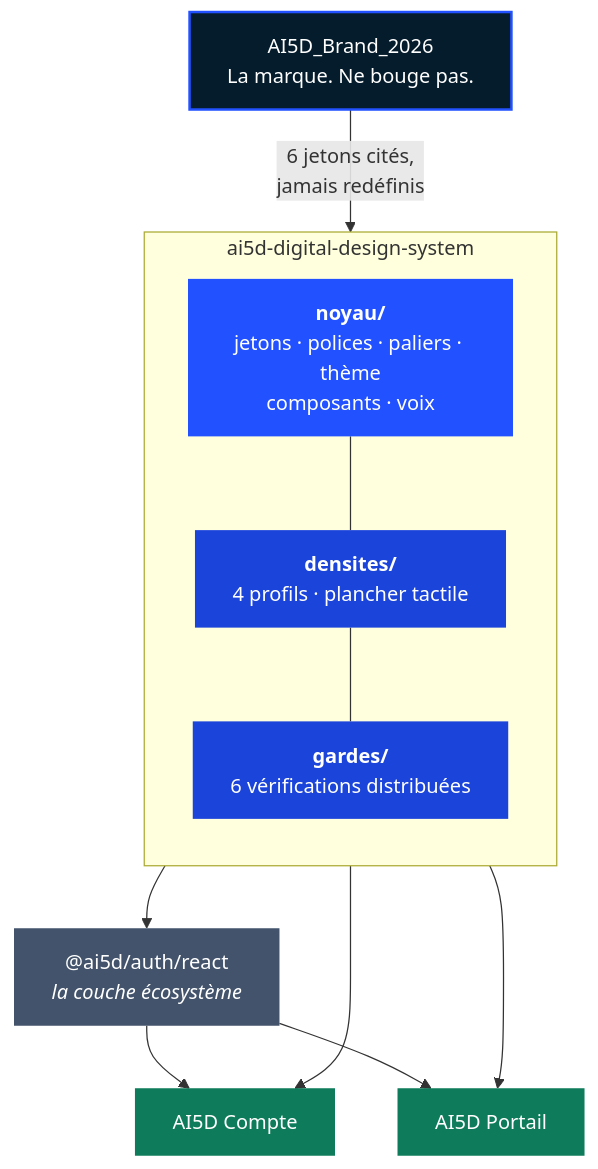
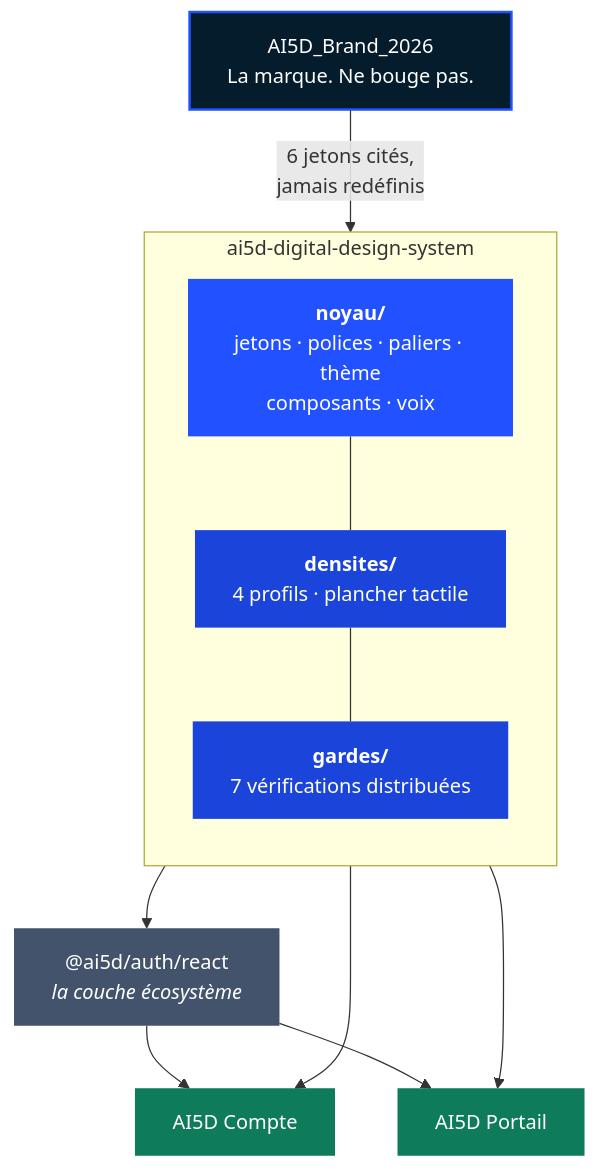
The diagram in README.md (Kaaramo/ai5d-digital-design-system), drawn with Mermaid before and after one commit. The commit also changed other lines of this file and 6 other files, not shown here.

````diff
--- a/README.md
+++ b/README.md
@@ -204,28 +210,28 @@
 ```mermaid
 flowchart TD
     Marque["AI5D_Brand_2026<br/>La marque. Ne bouge pas."]
 
     Marque -->|"6 jetons cités,<br/>jamais redéfinis"| Noyau
 
     subgraph Systeme["ai5d-digital-design-system"]
         direction TB
         Noyau["<b>noyau/</b><br/>jetons · polices · paliers · thème<br/>composants · voix"]
         Densites["<b>densites/</b><br/>4 profils · plancher tactile"]
-        Gardes["<b>gardes/</b><br/>6 vérifications distribuées"]
+        Gardes["<b>gardes/</b><br/>7 vérifications distribuées"]
         Noyau --- Densites --- Gardes
     end
 
     Systeme --> SDK["@ai5d/auth/react<br/><i>la couche écosystème</i>"]
     Systeme --> Compte["AI5D Compte"]
     Systeme --> Portail["AI5D Portail"]
     SDK --> Compte
     SDK --> Portail
 
     style Marque fill:#051C2C,color:#fff,stroke:#2251FF,stroke-width:2px
     style Noyau fill:#2251FF,color:#fff,stroke:none
     style Densites fill:#1B44DB,color:#fff,stroke:none
     style Gardes fill:#1B44DB,color:#fff,stroke:none
     style SDK fill:#42536b,color:#fff,stroke:none
     style Compte fill:#0E7C5A,color:#fff,stroke:none
     style Portail fill:#0E7C5A,color:#fff,stroke:none
 ```
````
